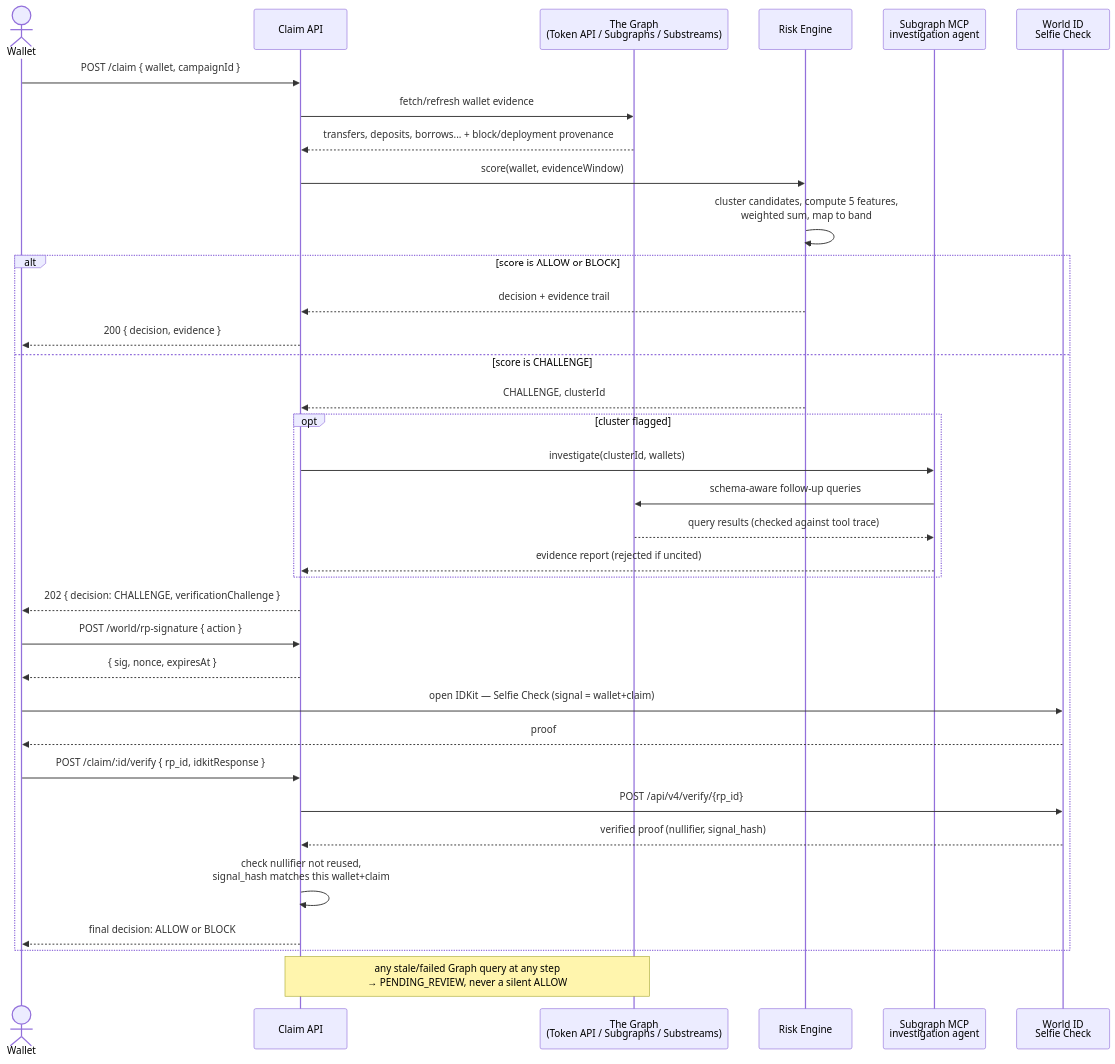
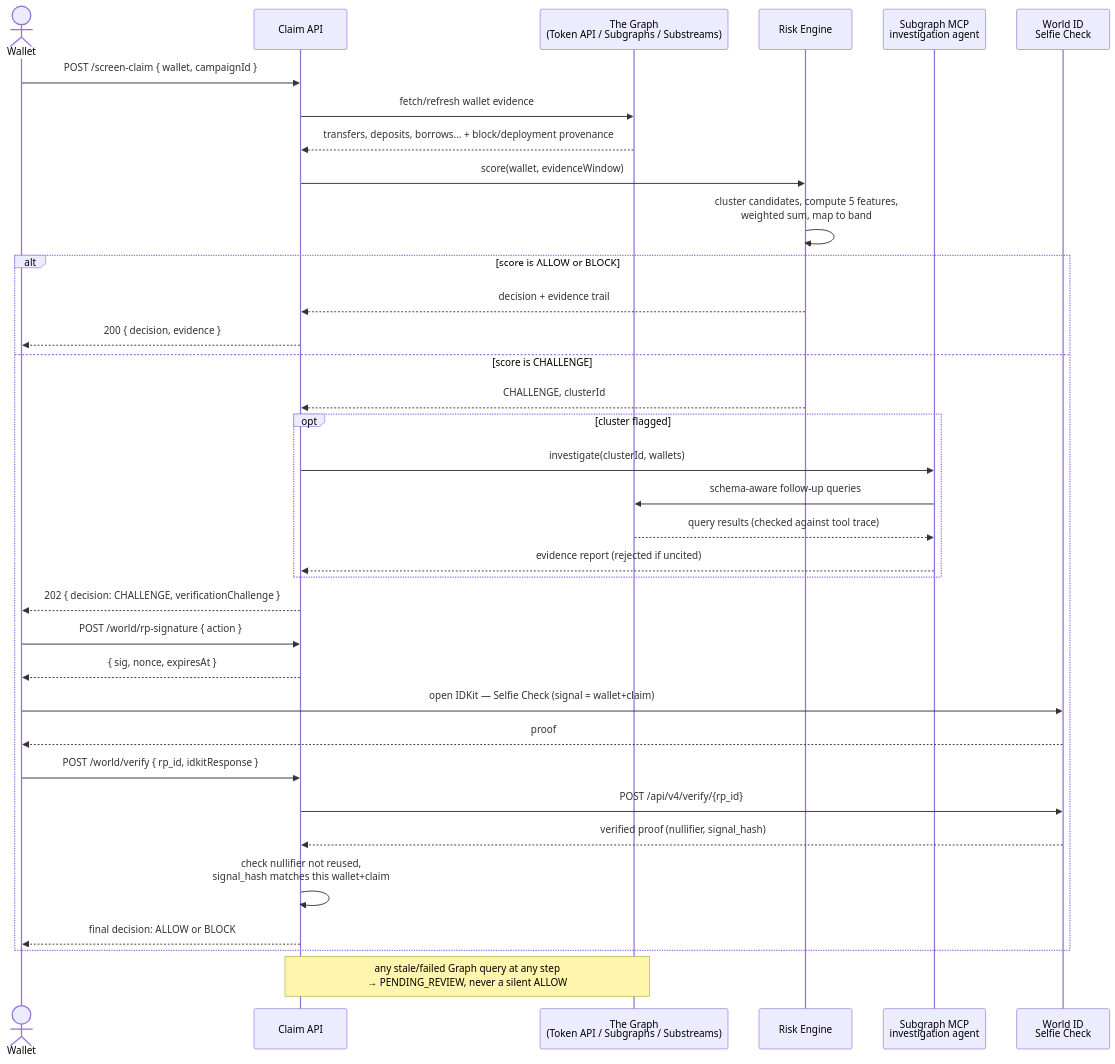
Before and after one commit to sylesh7/Xander: the diagram in Readme.md, drawn with Mermaid. The commit also changed other lines of this file and 14 other files, not shown here.

````diff
--- a/Readme.md
+++ b/Readme.md
@@ -100,40 +83,40 @@
 ```mermaid
 sequenceDiagram
     actor User as Wallet
     participant API as Claim API
     participant Graph as The Graph<br/>(Token API / Subgraphs / Substreams)
     participant Risk as Risk Engine
     participant MCP as Subgraph MCP<br/>investigation agent
     participant World as World ID<br/>Selfie Check
 
-    User->>API: POST /claim { wallet, campaignId }
+    User->>API: POST /screen-claim { wallet, campaignId }
     API->>Graph: fetch/refresh wallet evidence
     Graph-->>API: transfers, deposits, borrows... + block/deployment provenance
     API->>Risk: score(wallet, evidenceWindow)
     Risk->>Risk: cluster candidates, compute 5 features,<br/>weighted sum, map to band
 
     alt score is ALLOW or BLOCK
         Risk-->>API: decision + evidence trail
         API-->>User: 200 { decision, evidence }
     else score is CHALLENGE
         Risk-->>API: CHALLENGE, clusterId
         opt cluster flagged
             API->>MCP: investigate(clusterId, wallets)
             MCP->>Graph: schema-aware follow-up queries
             Graph-->>MCP: query results (checked against tool trace)
             MCP-->>API: evidence report (rejected if uncited)
         end
         API-->>User: 202 { decision: CHALLENGE, verificationChallenge }
         User->>API: POST /world/rp-signature { action }
         API-->>User: { sig, nonce, expiresAt }
         User->>World: open IDKit — Selfie Check (signal = wallet+claim)
         World-->>User: proof
-        User->>API: POST /claim/:id/verify { rp_id, idkitResponse }
+        User->>API: POST /world/verify { rp_id, idkitResponse }
         API->>World: POST /api/v4/verify/{rp_id}
         World-->>API: verified proof (nullifier, signal_hash)
         API->>API: check nullifier not reused,<br/>signal_hash matches this wallet+claim
         API-->>User: final decision: ALLOW or BLOCK
     end
 
     Note over API,Graph: any stale/failed Graph query at any step<br/>→ PENDING_REVIEW, never a silent ALLOW
 ```
````
